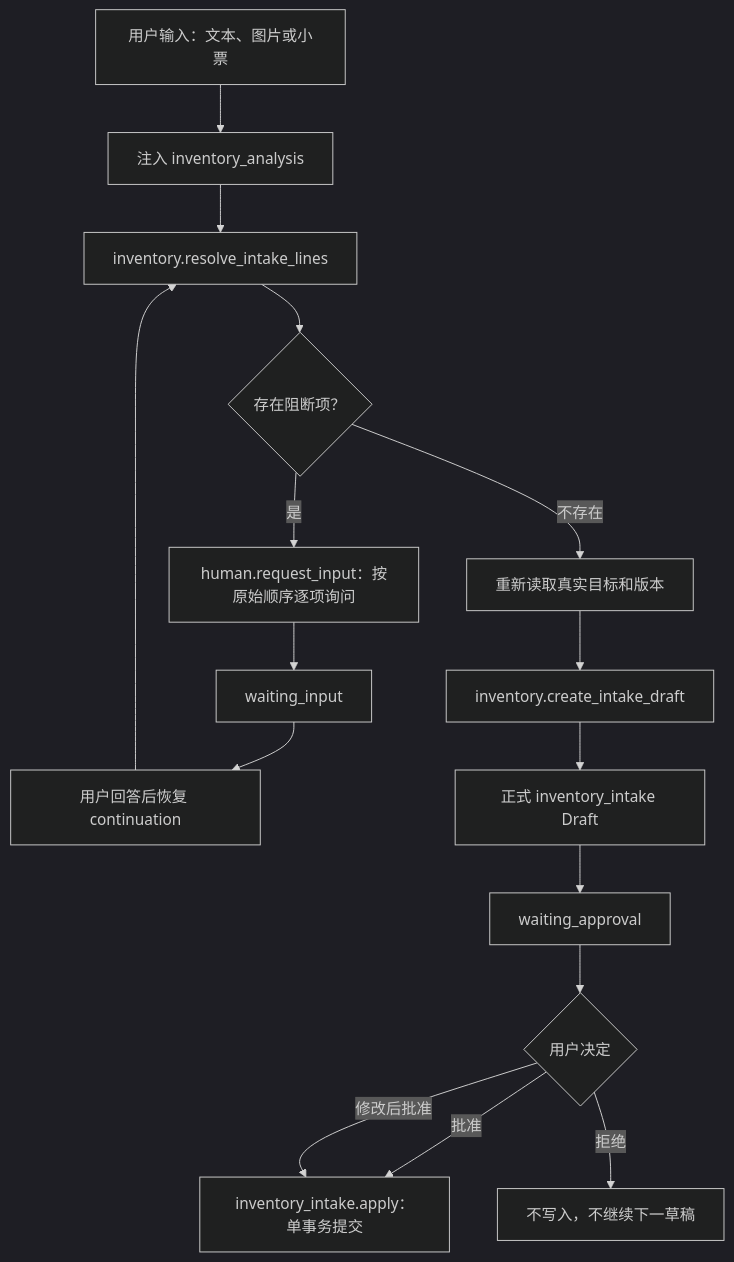
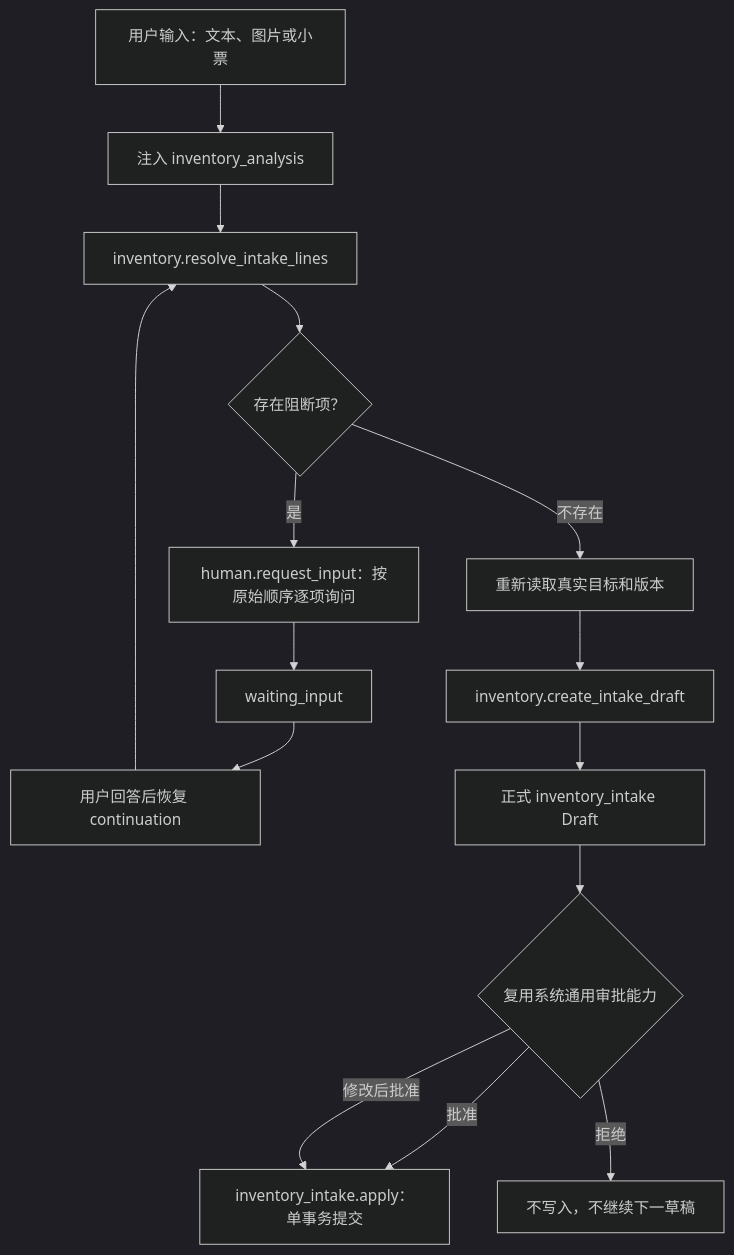
The diagram in docs/superpowers/specs/2026-07-21-unified-inventory-intake-design.md (novisfff/Culina), drawn with Mermaid (dark theme) before and after one commit. The commit also changed other lines of this file, not shown here.

Commit message:
Clarify reuse of existing draft architecture

````diff
--- a/docs/superpowers/specs/2026-07-21-unified-inventory-intake-design.md
+++ b/docs/superpowers/specs/2026-07-21-unified-inventory-intake-design.md
@@ -107,18 +107,17 @@
 ```mermaid
 flowchart TD
     A["用户输入：文本、图片或小票"] --> B["注入 inventory_analysis"]
     B --> C["inventory.resolve_intake_lines"]
     C --> D{"存在阻断项？"}
     D -- "是" --> E["human.request_input：按原始顺序逐项询问"]
     E --> F["waiting_input"]
     F --> G["用户回答后恢复 continuation"]
     G --> C
     D -- "不存在" --> H["重新读取真实目标和版本"]
     H --> I["inventory.create_intake_draft"]
     I --> J["正式 inventory_intake Draft"]
-    J --> K["waiting_approval"]
-    K --> L{"用户决定"}
+    J --> L{"复用系统通用审批能力"}
     L -- "批准" --> M["inventory_intake.apply：单事务提交"]
     L -- "修改后批准" --> M
     L -- "拒绝" --> N["不写入，不继续下一草稿"]
 ```
````
